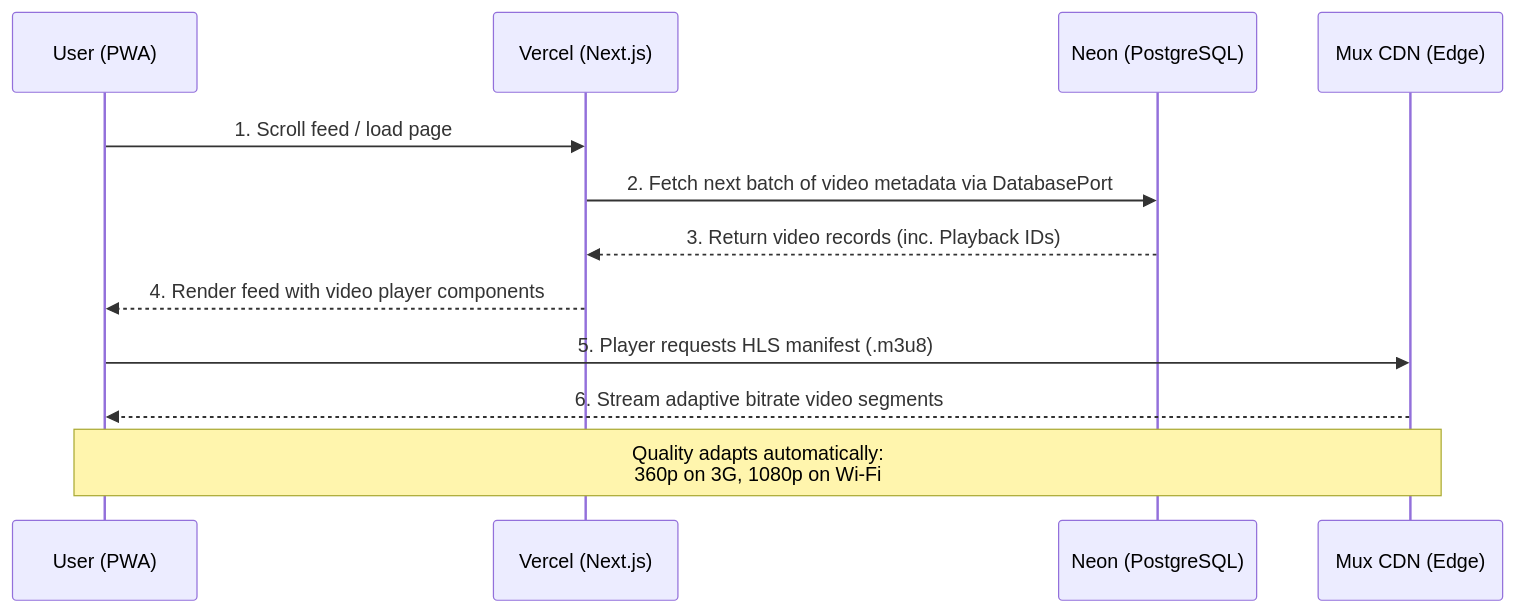
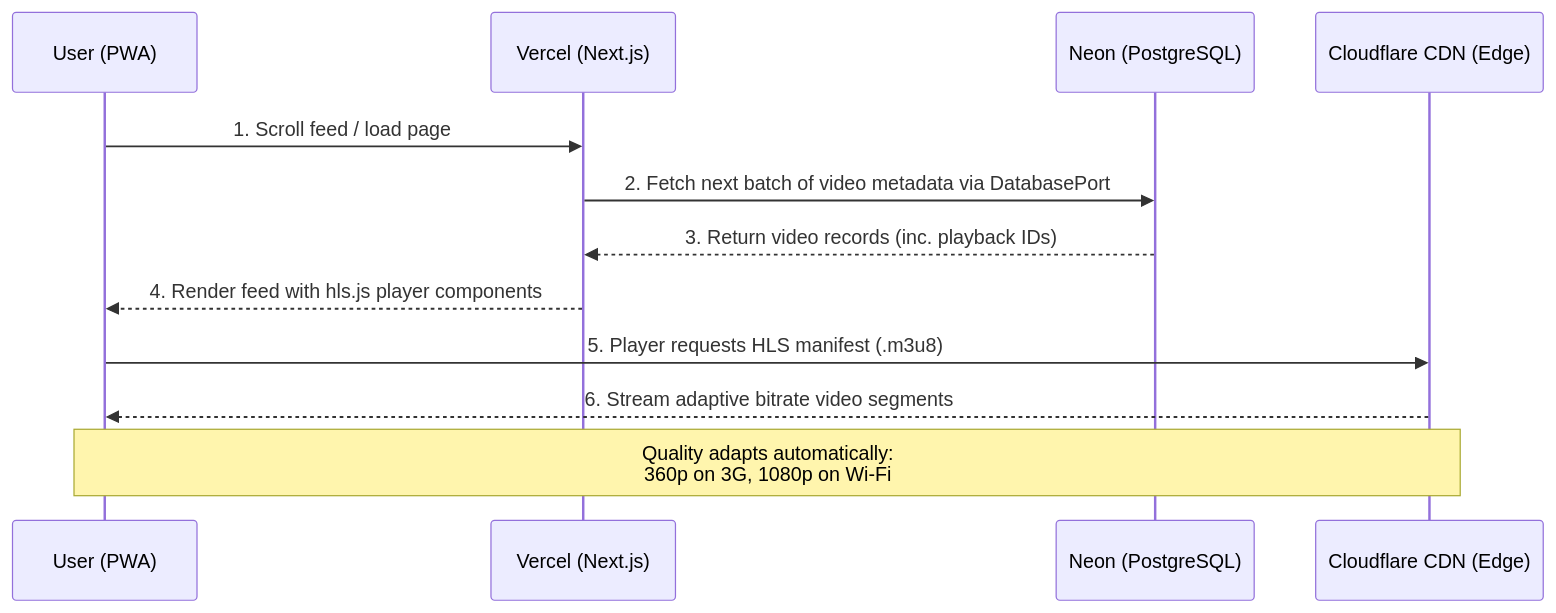
One commit to ShellyDCMS/DellClips changed the sixth of 8 diagrams in specs/architecture.md. Above: the diagram before and after it, drawn with Mermaid. The commit also changed other lines of this file, not shown here.

Commit message:
update architecture document with free-tier cost optimization, vendor-neutral naming, Cloudflare Stream migration, and expanded video storage infrastructure details

````diff
--- a/specs/architecture.md
+++ b/specs/architecture.md
@@ -365,15 +431,15 @@
 ```mermaid
 sequenceDiagram
     participant U as User (PWA)
     participant V as Vercel (Next.js)
     participant DB as Neon (PostgreSQL)
-    participant M as Mux CDN (Edge)
+    participant CF as Cloudflare CDN (Edge)
 
     U->>V: 1. Scroll feed / load page
     V->>DB: 2. Fetch next batch of video metadata via DatabasePort
-    DB-->>V: 3. Return video records (inc. Playback IDs)
-    V-->>U: 4. Render feed with video player components
-    U->>M: 5. Player requests HLS manifest (.m3u8)
-    M-->>U: 6. Stream adaptive bitrate video segments
-    Note over U,M: Quality adapts automatically:<br/>360p on 3G, 1080p on Wi-Fi
+    DB-->>V: 3. Return video records (inc. playback IDs)
+    V-->>U: 4. Render feed with hls.js player components
+    U->>CF: 5. Player requests HLS manifest (.m3u8)
+    CF-->>U: 6. Stream adaptive bitrate video segments
+    Note over U,CF: Quality adapts automatically:<br/>360p on 3G, 1080p on Wi-Fi
 ```
````
